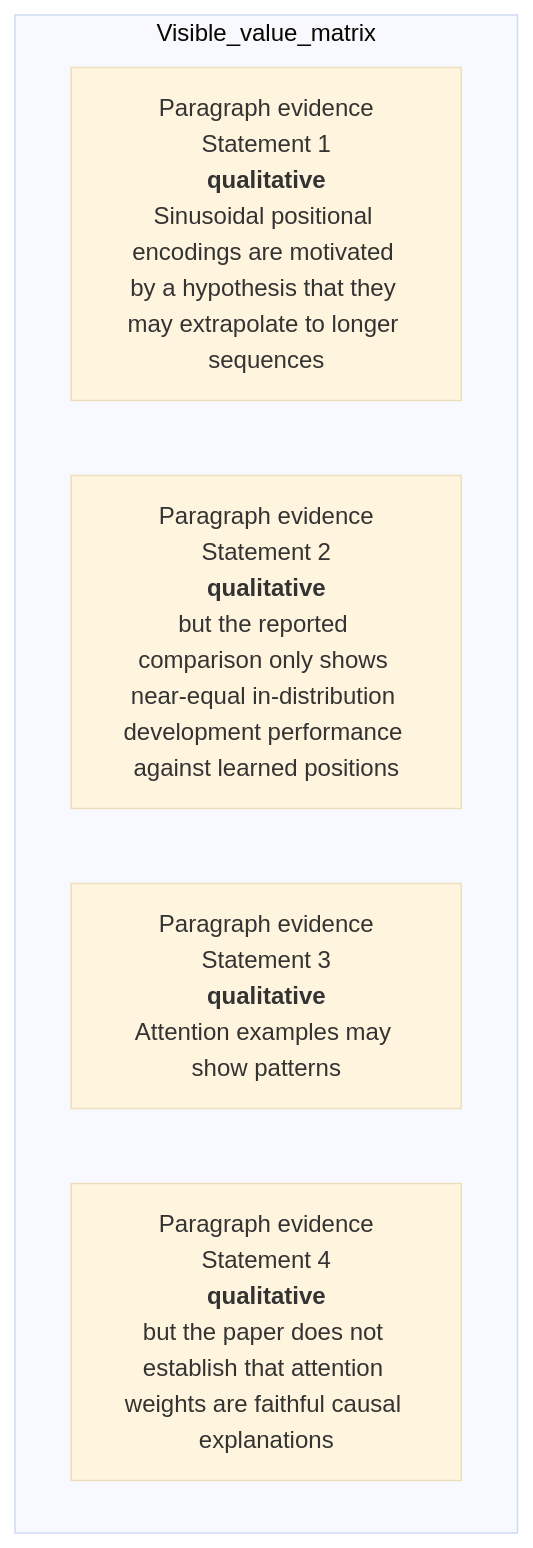
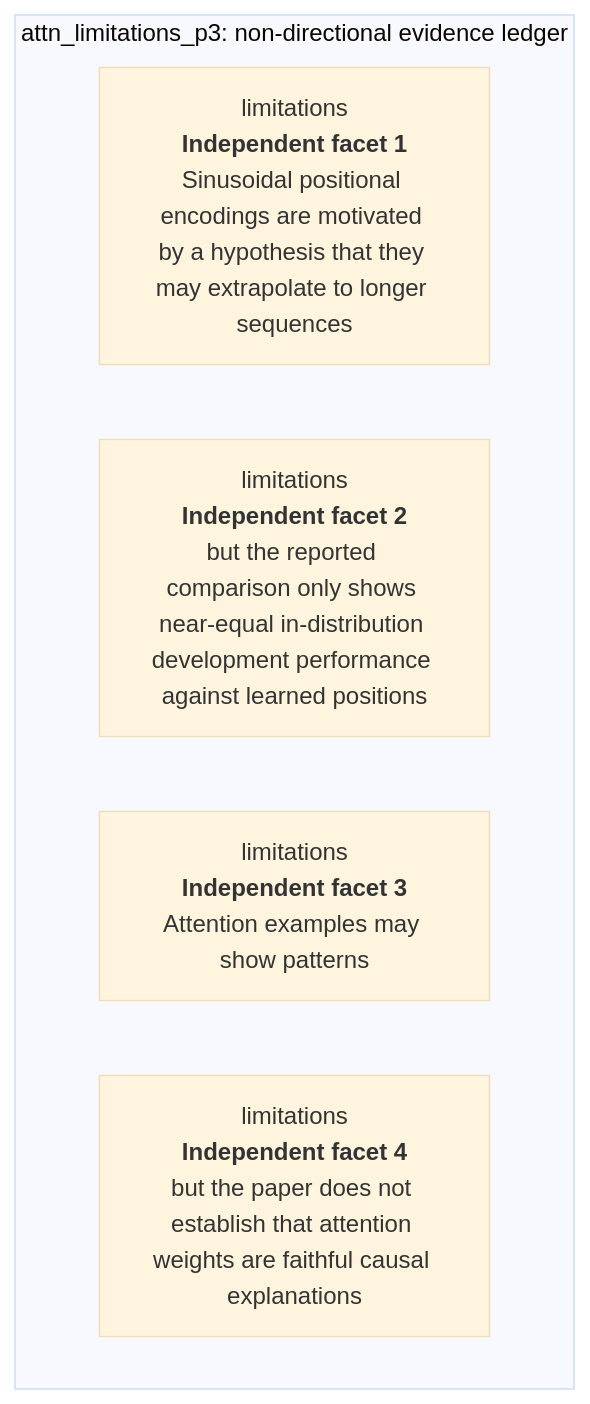
Before and after one commit to Betancourt1/paper_atlas: diagram 44 of 54 in docs/visual-manifests/VISUAL_MANIFEST_ATTENTION_IS_ALL_YOU_NEED.md, drawn with Mermaid (base theme). The commit also changed other lines of this file and 7 other files, not shown here.

````diff
--- a/docs/visual-manifests/VISUAL_MANIFEST_ATTENTION_IS_ALL_YOU_NEED.md
+++ b/docs/visual-manifests/VISUAL_MANIFEST_ATTENTION_IS_ALL_YOU_NEED.md
@@ -3542,9 +3574,9 @@
 ```mermaid
 flowchart TB
-  subgraph Visible_value_matrix
-    r1["Paragraph evidence<br/>Statement 1<br/><b>qualitative</b><br/>Sinusoidal positional encodings are motivated by a hypothesis that they may extrapolate to longer sequences"]
-    r2["Paragraph evidence<br/>Statement 2<br/><b>qualitative</b><br/>but the reported comparison only shows near-equal in-distribution development performance against learned positions"]
-    r3["Paragraph evidence<br/>Statement 3<br/><b>qualitative</b><br/>Attention examples may show patterns"]
-    r4["Paragraph evidence<br/>Statement 4<br/><b>qualitative</b><br/>but the paper does not establish that attention weights are faithful causal explanations"]
+  subgraph Ledger["attn_limitations_p3: non-directional evidence ledger"]
+    r1["limitations<br/><b>Independent facet 1</b><br/>Sinusoidal positional encodings are motivated by a hypothesis that they may extrapolate to longer sequences"]
+    r2["limitations<br/><b>Independent facet 2</b><br/>but the reported comparison only shows near-equal in-distribution development performance against learned positions"]
+    r3["limitations<br/><b>Independent facet 3</b><br/>Attention examples may show patterns"]
+    r4["limitations<br/><b>Independent facet 4</b><br/>but the paper does not establish that attention weights are faithful causal explanations"]
   end
 ```
````
